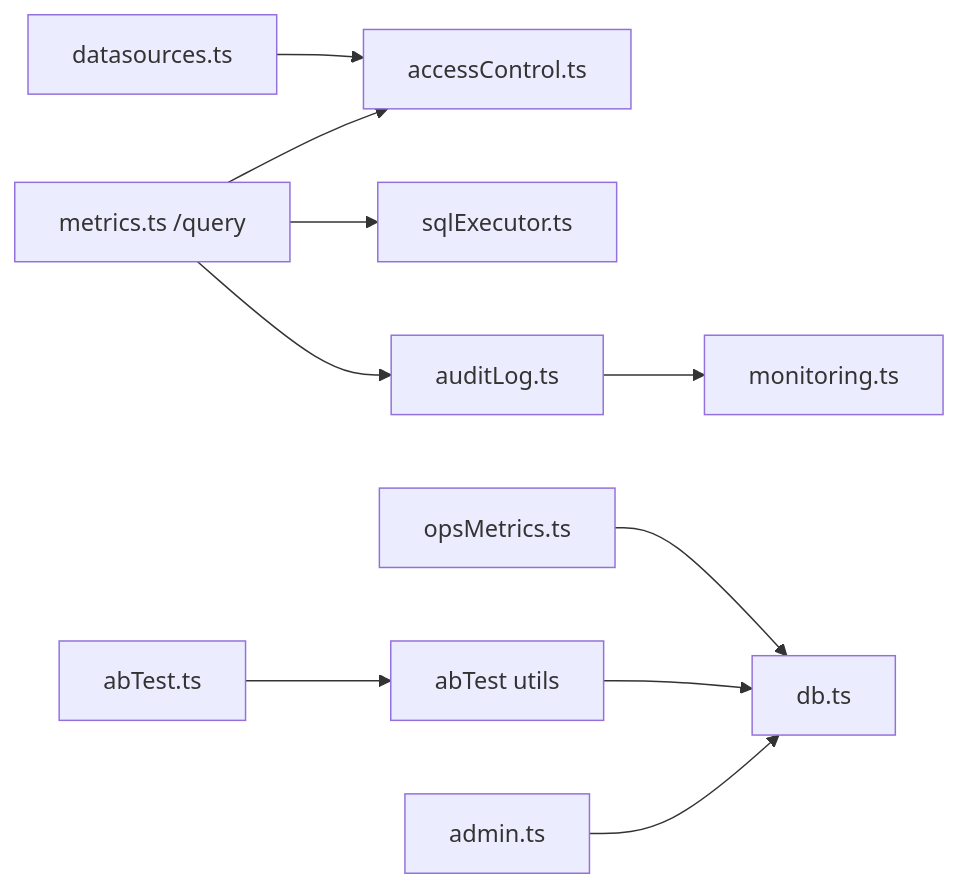
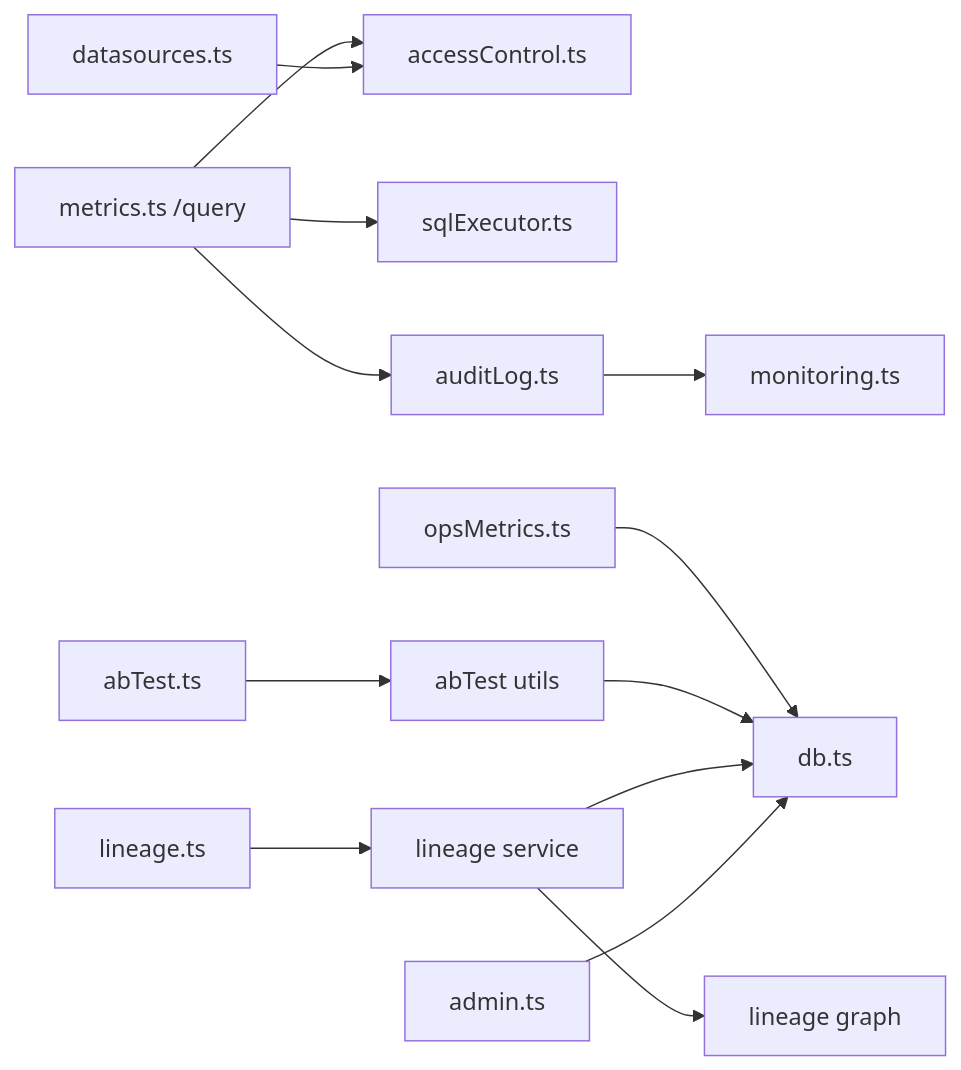
The eighth of 8 diagrams in .qoder/repowiki/zh/content/API参考/管理API/管理API.md (dgjin/smart-data-analytics), drawn with Mermaid before and after one commit. The commit also changed other lines of this file and 146 other files, not shown here.

````diff
--- a/.qoder/repowiki/zh/content/API参考/管理API/管理API.md
+++ b/.qoder/repowiki/zh/content/API参考/管理API/管理API.md
@@ -346,12 +433,15 @@
 ```mermaid
 graph LR
 MQ["metrics.ts /query"] --> AC["accessControl.ts"]
 MQ --> SE["sqlExecutor.ts"]
 MQ --> AL["auditLog.ts"]
 AL --> MO["monitoring.ts"]
 OM["opsMetrics.ts"] --> DB["db.ts"]
 ABT["abTest.ts"] --> ABTU["abTest utils"]
 ABTU --> DB
+LG["lineage.ts"] --> LGS["lineage service"]
+LGS --> LGG["lineage graph"]
+LGS --> DB
 AD["admin.ts"] --> DB
 DS["datasources.ts"] --> AC
 ```
````
